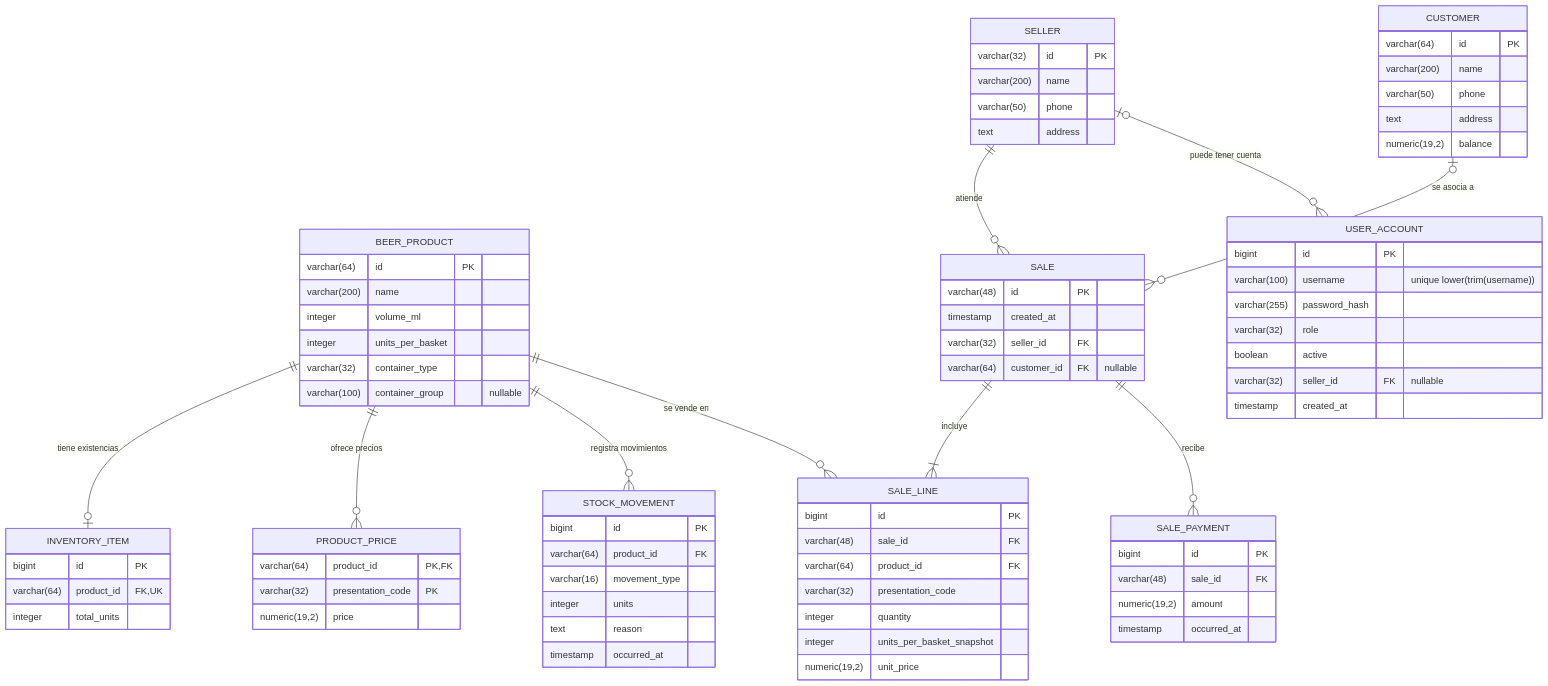
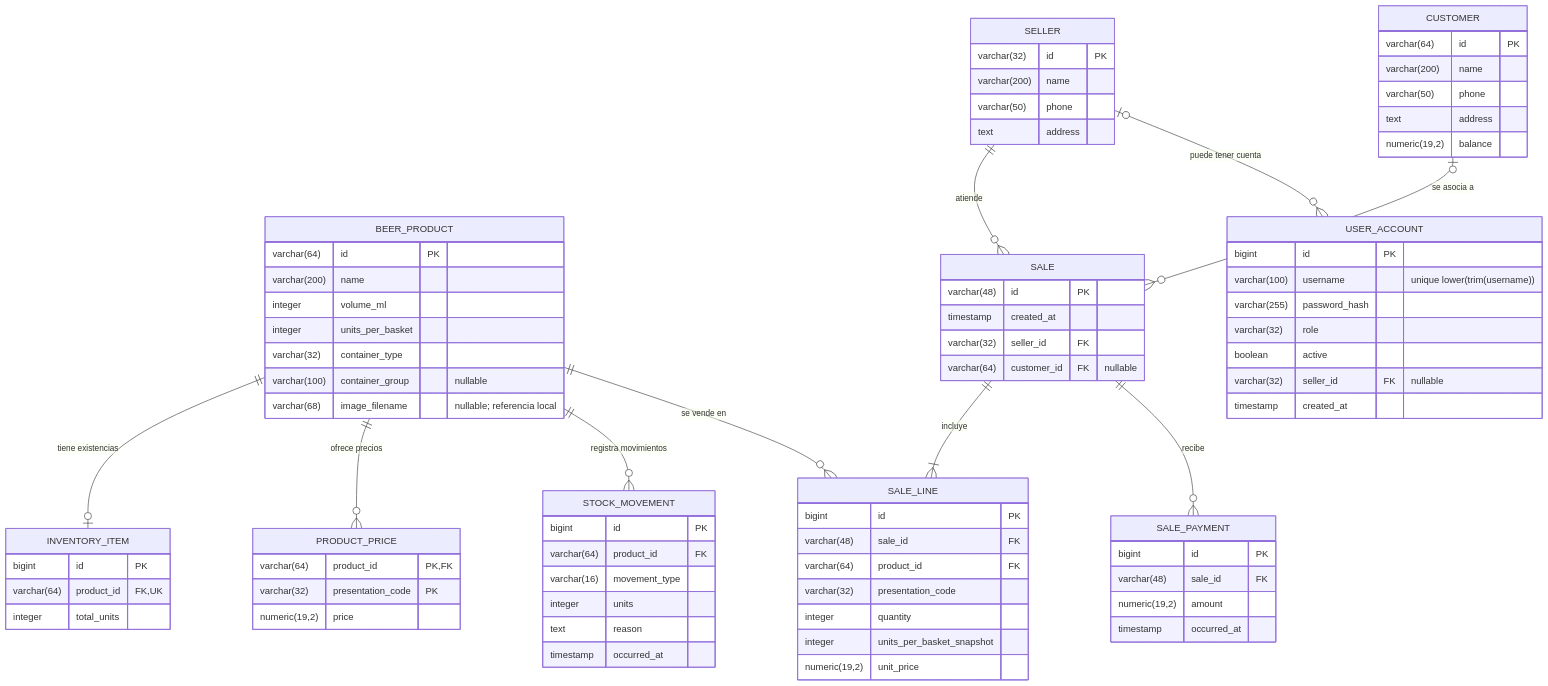
The diagram in database/diagrama-er.mmd (carloscamelo2008-lang/la-exclusiva-p3), drawn with Mermaid before and after one commit. The commit also changed 9 other files, not shown here.

```diff
--- a/database/diagrama-er.mmd
+++ b/database/diagrama-er.mmd
@@ -1,82 +1,83 @@
 %% Todas las relaciones FK tienen ON DELETE RESTRICT; no se usa borrado en cascada.
 %% timestamp representa PostgreSQL TIMESTAMP WITHOUT TIME ZONE; numeric monetario es NUMERIC(19,2).
 erDiagram
     BEER_PRODUCT ||--o| INVENTORY_ITEM : "tiene existencias"
     BEER_PRODUCT ||--o{ PRODUCT_PRICE : "ofrece precios"
     BEER_PRODUCT ||--o{ STOCK_MOVEMENT : "registra movimientos"
     BEER_PRODUCT ||--o{ SALE_LINE : "se vende en"
     SELLER ||--o{ SALE : "atiende"
     CUSTOMER o|--o{ SALE : "se asocia a"
     SELLER o|--o{ USER_ACCOUNT : "puede tener cuenta"
     SALE ||--|{ SALE_LINE : "incluye"
     SALE ||--o{ SALE_PAYMENT : "recibe"
 
     BEER_PRODUCT {
         varchar(64) id PK
         varchar(200) name
         integer volume_ml
         integer units_per_basket
         varchar(32) container_type
         varchar(100) container_group "nullable"
+        varchar(68) image_filename "nullable; referencia local"
     }
     PRODUCT_PRICE {
         varchar(64) product_id PK,FK
         varchar(32) presentation_code PK
         numeric(19,2) price
     }
     INVENTORY_ITEM {
         bigint id PK
         varchar(64) product_id FK,UK
         integer total_units
     }
     STOCK_MOVEMENT {
         bigint id PK
         varchar(64) product_id FK
         varchar(16) movement_type
         integer units
         text reason
         timestamp occurred_at
     }
     CUSTOMER {
         varchar(64) id PK
         varchar(200) name
         varchar(50) phone
         text address
         numeric(19,2) balance
     }
     SELLER {
         varchar(32) id PK
         varchar(200) name
         varchar(50) phone
         text address
     }
     SALE {
         varchar(48) id PK
         timestamp created_at
         varchar(32) seller_id FK
         varchar(64) customer_id FK "nullable"
     }
     SALE_LINE {
         bigint id PK
         varchar(48) sale_id FK
         varchar(64) product_id FK
         varchar(32) presentation_code
         integer quantity
         integer units_per_basket_snapshot
         numeric(19,2) unit_price
     }
     SALE_PAYMENT {
         bigint id PK
         varchar(48) sale_id FK
         numeric(19,2) amount
         timestamp occurred_at
     }
     USER_ACCOUNT {
         bigint id PK
         varchar(100) username "unique lower(trim(username))"
         varchar(255) password_hash
         varchar(32) role
         boolean active
         varchar(32) seller_id FK "nullable"
         timestamp created_at
     }
```
